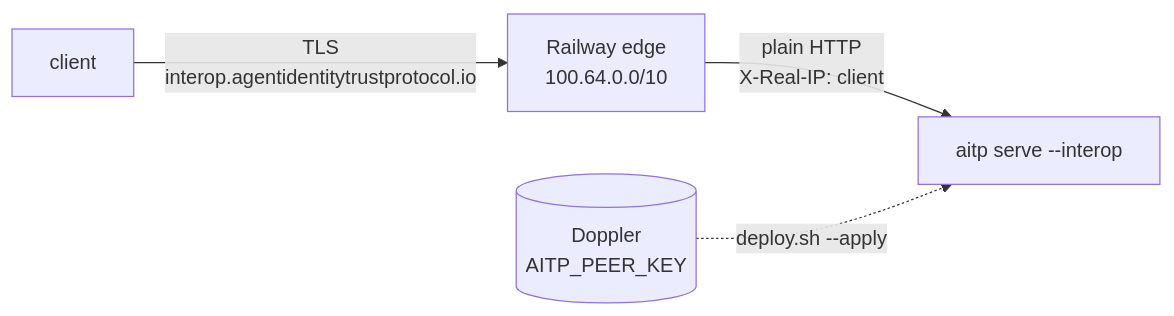
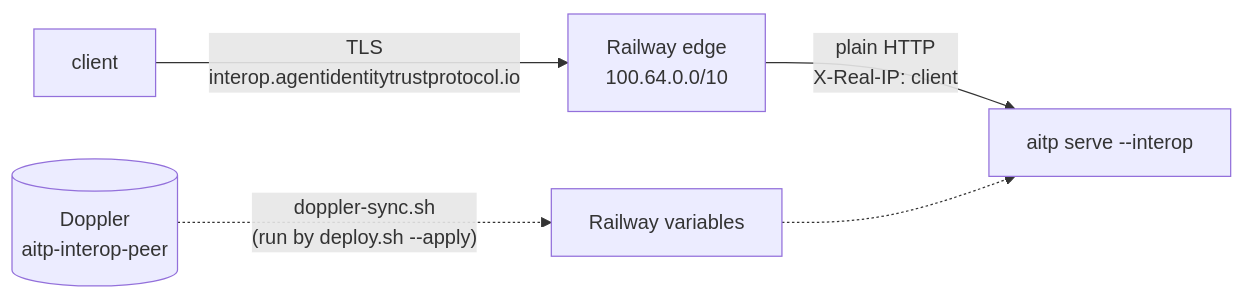
The second of 2 diagrams in docs/interop-peer.md (agentidentitytrustprotocol/aitp-rs), drawn with Mermaid before and after one commit. The commit also changed other lines of this file and 16 other files, not shown here.

First line of the commit message:
Interop peer hardening: Doppler-managed variables, per-IP rate limit, CI-cost pass (#489)

````diff
--- a/docs/interop-peer.md
+++ b/docs/interop-peer.md
@@ -298,6 +308,7 @@
 ```mermaid
 flowchart LR
     client["client"] -->|"TLS<br/>interop.agentidentitytrustprotocol.io"| edge["Railway edge<br/>100.64.0.0/10"]
     edge -->|"plain HTTP<br/>X-Real-IP: client"| peer["aitp serve --interop"]
-    doppler[("Doppler<br/>AITP_PEER_KEY")] -.->|"deploy.sh --apply"| peer
+    doppler[("Doppler<br/>aitp-interop-peer")] -.->|"doppler-sync.sh<br/>(run by deploy.sh --apply)"| vars["Railway variables"]
+    vars -.-> peer
 ```
````
